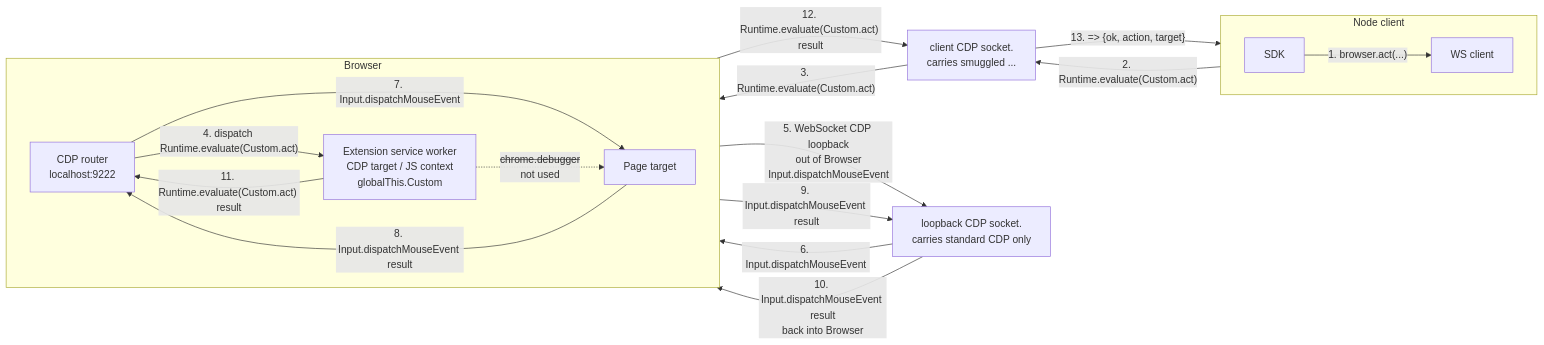
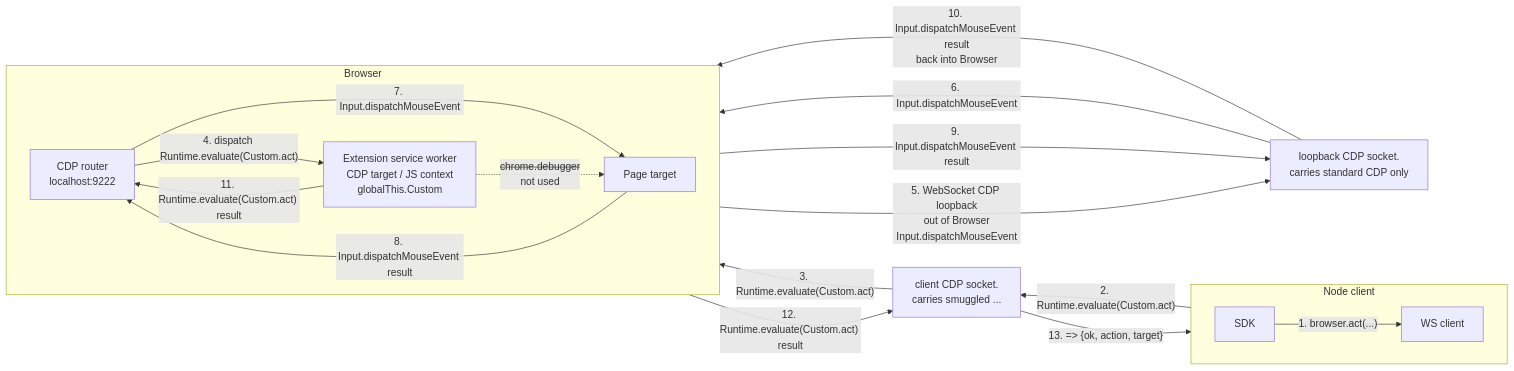
Before and after one commit to pirate/chrome-cdp-extension-bridge: the third of 4 diagrams in README.md, drawn with Mermaid. The commit also changed other lines of this file, not shown here.

Commit message:
Anchor loopback socket diagrams

````diff
--- a/README.md
+++ b/README.md
@@ -105,33 +105,34 @@
 ```mermaid
 flowchart LR
   subgraph Node["Node client"]
     direction LR
     SDK["SDK"]
     WS["WS client"]
     SDK -->|"1. browser.act(...)"| WS
   end
 
   subgraph Browser["Browser"]
     direction LR
     CDP["CDP router<br/>localhost:9222"]
     SW["Extension service worker<br/>CDP target / JS context<br/>globalThis.Custom"]
     Page["Page target"]
     CDP -->|"4. dispatch Runtime.evaluate(Custom.act)"| SW
     CDP -->|"7. Input.dispatchMouseEvent"| Page
     Page -->|"8. Input.dispatchMouseEvent result"| CDP
     SW -. "<s>chrome.debugger</s><br/>not used" .-> Page
   end
 
   ClientSocket["client CDP socket.<br/>carries smuggled ..."]
   LoopbackSocket["loopback CDP socket.<br/>carries standard CDP only"]
 
+  ClientSocket ~~~ LoopbackSocket
   WS -->|"2. Runtime.evaluate(Custom.act)"| ClientSocket
   ClientSocket -->|"3. Runtime.evaluate(Custom.act)"| CDP
   SW -->|"5. WebSocket CDP loopback<br/>out of Browser<br/>Input.dispatchMouseEvent"| LoopbackSocket
   LoopbackSocket -->|"6. Input.dispatchMouseEvent"| CDP
   CDP -->|"9. Input.dispatchMouseEvent result"| LoopbackSocket
   LoopbackSocket -->|"10. Input.dispatchMouseEvent result<br/>back into Browser"| SW
   SW -->|"11. Runtime.evaluate(Custom.act) result"| CDP
   CDP -->|"12. Runtime.evaluate(Custom.act) result"| ClientSocket
   ClientSocket -->|"13. => {ok, action, target}"| WS
 ```
````
